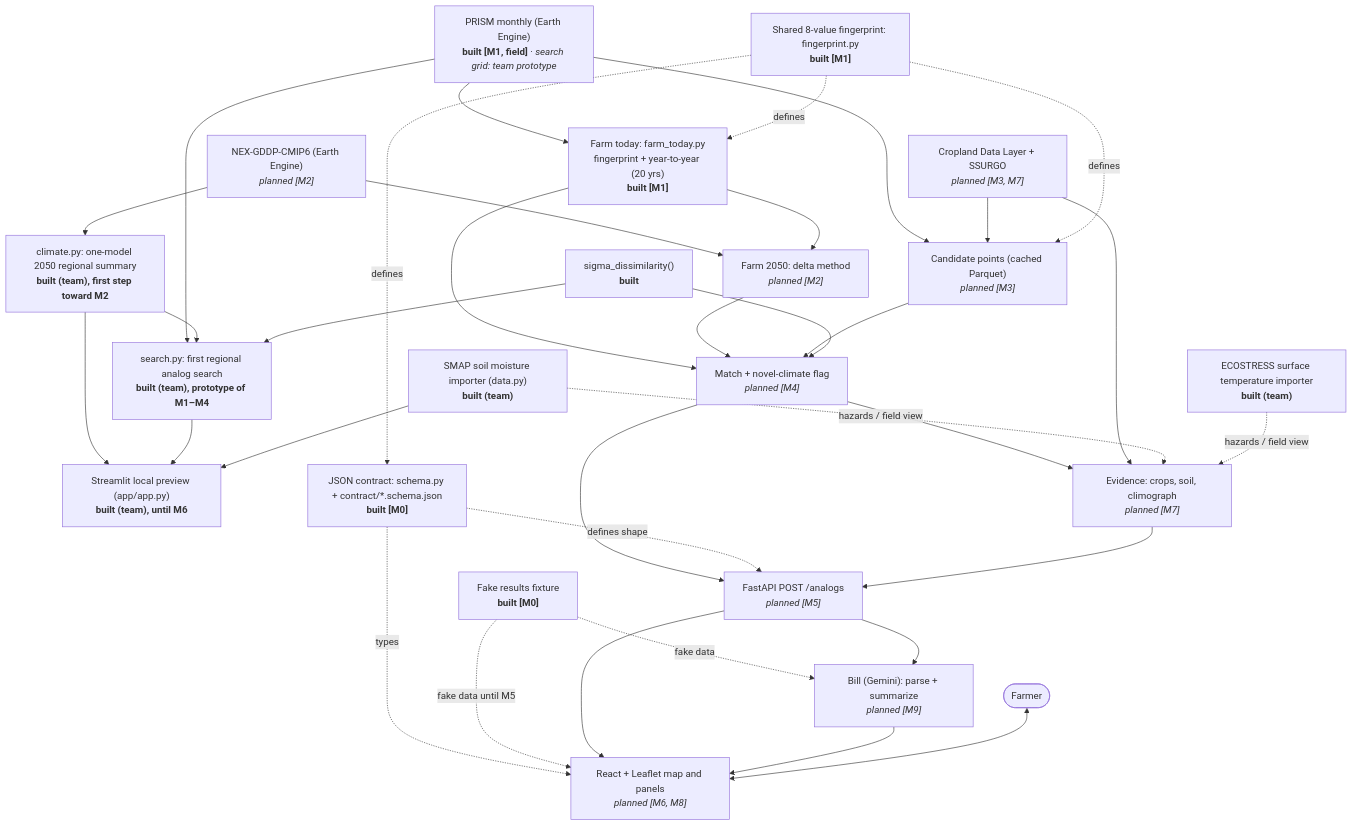
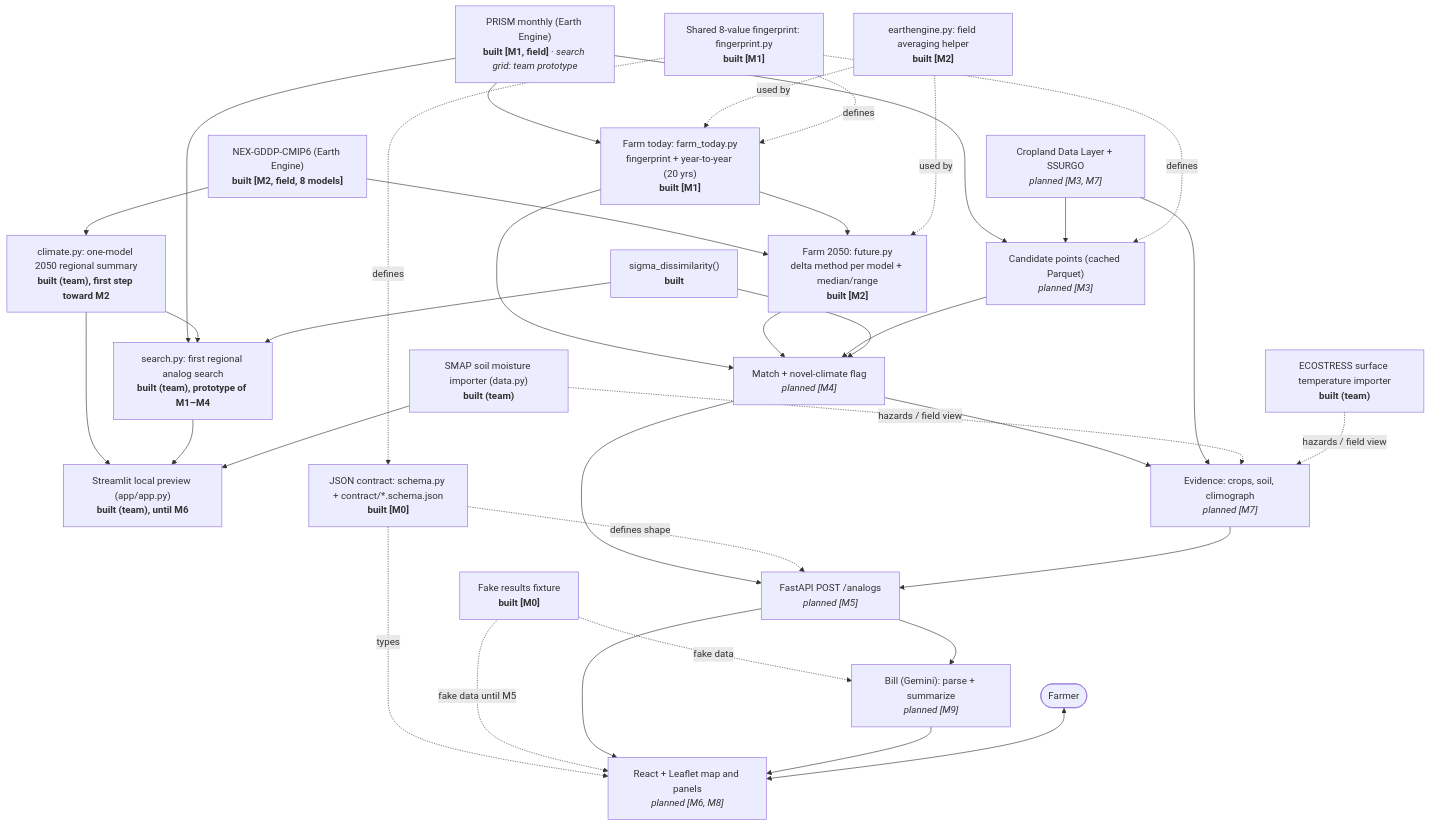
One commit to trafwel/farm-analog changed the diagram in docs/ARCHITECTURE.md. Above: the diagram before and after it, drawn with Mermaid. The commit also changed other lines of this file and 3 other files, not shown here.

First line of the commit message:
Record M2's review, open issues, teach-back and architecture

````diff
--- a/docs/ARCHITECTURE.md
+++ b/docs/ARCHITECTURE.md
@@ -7,60 +7,63 @@
 ```mermaid
 flowchart TD
     PRISM["PRISM monthly (Earth Engine)<br/><b>built [M1, field]</b> · <i>search grid: team prototype</i>"]
-    CMIP["NEX-GDDP-CMIP6 (Earth Engine)<br/><i>planned [M2]</i>"]
+    CMIP["NEX-GDDP-CMIP6 (Earth Engine)<br/><b>built [M2, field, 8 models]</b>"]
     CDL["Cropland Data Layer + SSURGO<br/><i>planned [M3, M7]</i>"]
     SMAP["SMAP soil moisture importer (data.py)<br/><b>built (team)</b>"]
     ECO["ECOSTRESS surface temperature importer<br/><b>built (team)</b>"]
     CLIM["climate.py: one-model 2050 regional summary<br/><b>built (team), first step toward M2</b>"]
     PREVIEW["Streamlit local preview (app/app.py)<br/><b>built (team), until M6</b>"]
     SEARCH["search.py: first regional analog search<br/><b>built (team), prototype of M1–M4</b>"]
 
     FT["Farm today: farm_today.py<br/>fingerprint + year-to-year (20 yrs)<br/><b>built [M1]</b>"]
     FPRINT["Shared 8-value fingerprint: fingerprint.py<br/><b>built [M1]</b>"]
-    F50["Farm 2050: delta method<br/><i>planned [M2]</i>"]
+    F50["Farm 2050: future.py<br/>delta method per model + median/range<br/><b>built [M2]</b>"]
+    EEH["earthengine.py: field averaging helper<br/><b>built [M2]</b>"]
     CAND["Candidate points (cached Parquet)<br/><i>planned [M3]</i>"]
     SIGMA["sigma_dissimilarity()<br/><b>built</b>"]
     MATCH["Match + novel-climate flag<br/><i>planned [M4]</i>"]
     EVID["Evidence: crops, soil, climograph<br/><i>planned [M7]</i>"]
 
     CONTRACT["JSON contract: schema.py + contract/*.schema.json<br/><b>built [M0]</b>"]
     FIX["Fake results fixture<br/><b>built [M0]</b>"]
     API["FastAPI POST /analogs<br/><i>planned [M5]</i>"]
     UI["React + Leaflet map and panels<br/><i>planned [M6, M8]</i>"]
     BILL["Bill (Gemini): parse + summarize<br/><i>planned [M9]</i>"]
     FARMER(["Farmer"])
 
     PRISM --> FT
     PRISM --> CAND
     CMIP --> F50
     FT --> F50
     CDL --> CAND
     FT --> MATCH
     F50 --> MATCH
     CAND --> MATCH
     SIGMA --> MATCH
     MATCH --> EVID
     CDL --> EVID
     MATCH --> API
+    EEH -. used by .-> FT
+    EEH -. used by .-> F50
     FPRINT -. defines .-> FT
     FPRINT -. defines .-> CAND
     FPRINT -. defines .-> CONTRACT
     CMIP --> CLIM
     CLIM --> PREVIEW
     PRISM --> SEARCH
     CLIM --> SEARCH
     SIGMA --> SEARCH
     SEARCH --> PREVIEW
     SMAP --> PREVIEW
     SMAP -. hazards / field view .-> EVID
     ECO -. hazards / field view .-> EVID
     CONTRACT -. defines shape .-> API
     CONTRACT -. types .-> UI
     FIX -. fake data until M5 .-> UI
     FIX -. fake data .-> BILL
     EVID --> API
     API --> UI
     API --> BILL
     BILL --> UI
     FARMER <--> UI
 ```
````
